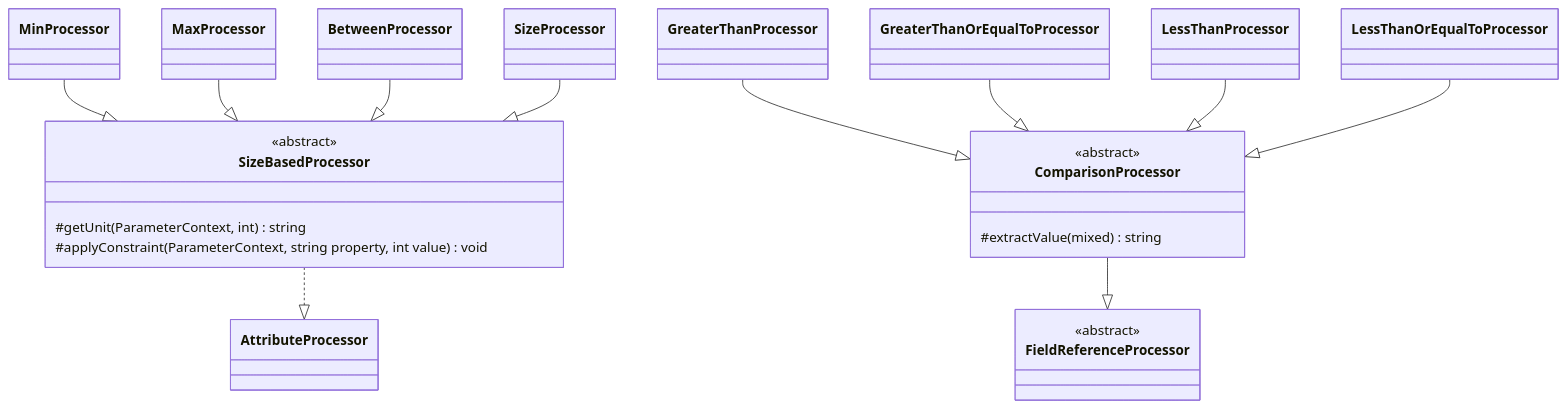
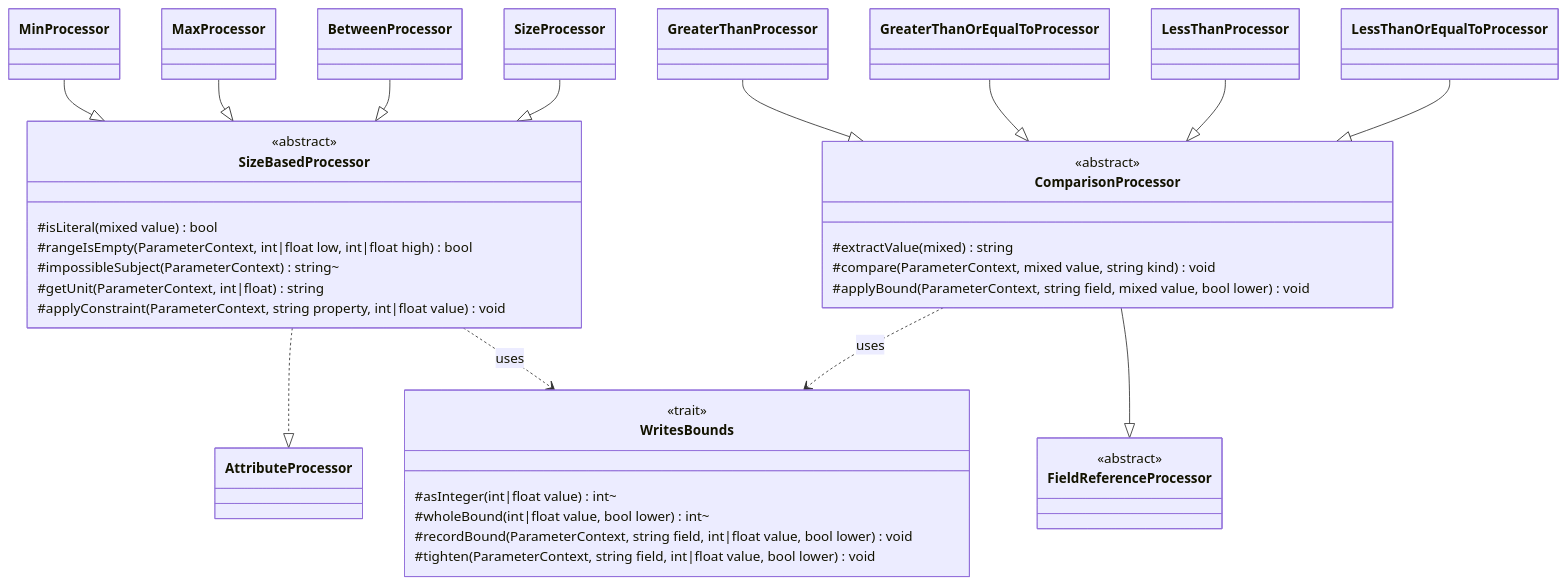
The diagram in spdd/prompt/LDD-202609251859-[Canvas]-family-size-bounds.md (abrhadev/laravel-data-docs), drawn with Mermaid before and after one commit. The commit also changed other lines of this file and 151 other files, not shown here.

````diff
--- a/spdd/prompt/LDD-202609251859-[Canvas]-family-size-bounds.md
+++ b/spdd/prompt/LDD-202609251859-[Canvas]-family-size-bounds.md
@@ -19,25 +21,39 @@
 ```mermaid
 classDiagram
+    class WritesBounds {
+        <<trait>>
+        #asInteger(int|float value) int~
+        #wholeBound(int|float value, bool lower) int~
+        #recordBound(ParameterContext, string field, int|float value, bool lower) void
+        #tighten(ParameterContext, string field, int|float value, bool lower) void
+    }
     class SizeBasedProcessor {
         <<abstract>>
-        #getUnit(ParameterContext, int) string
-        #applyConstraint(ParameterContext, string property, int value) void
+        #isLiteral(mixed value) bool
+        #rangeIsEmpty(ParameterContext, int|float low, int|float high) bool
+        #impossibleSubject(ParameterContext) string~
+        #getUnit(ParameterContext, int|float) string
+        #applyConstraint(ParameterContext, string property, int|float value) void
     }
     class FieldReferenceProcessor {
         <<abstract>>
     }
     class ComparisonProcessor {
         <<abstract>>
         #extractValue(mixed) string
+        #compare(ParameterContext, mixed value, string kind) void
+        #applyBound(ParameterContext, string field, mixed value, bool lower) void
     }
     SizeBasedProcessor ..|> AttributeProcessor
+    SizeBasedProcessor ..> WritesBounds : uses
     ComparisonProcessor --|> FieldReferenceProcessor
+    ComparisonProcessor ..> WritesBounds : uses
     MinProcessor --|> SizeBasedProcessor
     MaxProcessor --|> SizeBasedProcessor
     BetweenProcessor --|> SizeBasedProcessor
     SizeProcessor --|> SizeBasedProcessor
     GreaterThanProcessor --|> ComparisonProcessor
     GreaterThanOrEqualToProcessor --|> ComparisonProcessor
     LessThanProcessor --|> ComparisonProcessor
     LessThanOrEqualToProcessor --|> ComparisonProcessor
 ```
````
